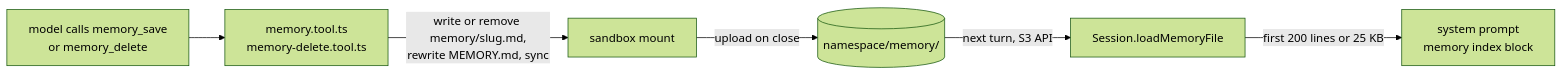
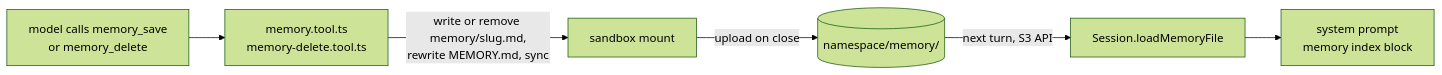
Before and after one commit to beeblastco/broods: the seventh of 8 diagrams in apps/docs/docs/internals/storage.md, drawn with Mermaid (forest theme). The commit also changed 6 other files, not shown here.

First line of the commit message:
fix(core): load the whole memory index again, and tell the agent to keep it short

````diff
--- a/apps/docs/docs/internals/storage.md
+++ b/apps/docs/docs/internals/storage.md
@@ -164,8 +164,8 @@
 ```mermaid
 flowchart LR
   Model["model calls memory_save<br/>or memory_delete"] --> Tool["memory.tool.ts<br/>memory-delete.tool.ts"]
   Tool -->|"write or remove memory/slug.md,<br/>rewrite MEMORY.md, sync"| Mount["sandbox mount"]
   Mount -->|"upload on close"| S3[("namespace/memory/")]
   S3 -->|"next turn, S3 API"| Load["Session.loadMemoryFile"]
-  Load -->|"first 200 lines or 25 KB"| Prompt["system prompt<br/>memory index block"]
+  Load --> Prompt["system prompt<br/>memory index block"]
 ```
````
